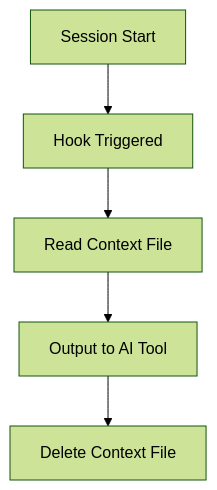
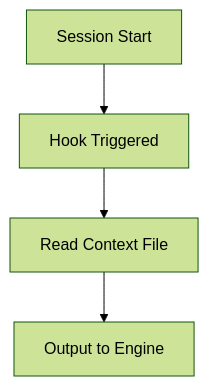
The second of 5 diagrams in website/src/content/docs/concepts/architecture.md (ctxloom/ctxloom), drawn with Mermaid (forest theme) before and after one commit. The commit also changed other lines of this file and 324 other files, not shown here.

````diff
--- a/website/src/content/docs/concepts/architecture.md
+++ b/website/src/content/docs/concepts/architecture.md
@@ -90,7 +165,6 @@
 ```mermaid
 flowchart TD
     A["Session Start"] --> B["Hook Triggered"]
     B --> C["Read Context File"]
-    C --> D["Output to AI Tool"]
-    D --> E["Delete Context File"]
+    C --> D["Output to Engine"]
 ```
````
